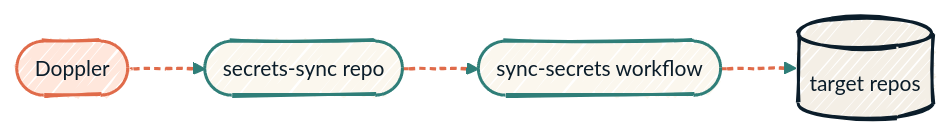
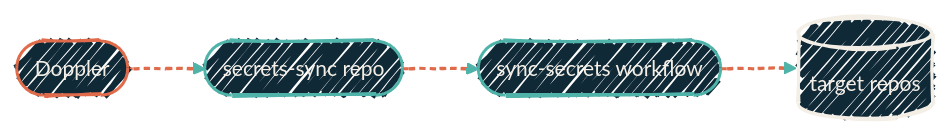
One commit to dryvist/docs changed the first of 3 diagrams in security/how-it-fits-together.mdx. Above: the diagram before and after it, drawn with Mermaid. The commit also changed other lines of this file and 11 other files, not shown here.

````diff
--- a/security/how-it-fits-together.mdx
+++ b/security/how-it-fits-together.mdx
@@ -25,20 +25,20 @@
 ```mermaid
-%%{init: {'theme':'base','look':'handDrawn','themeVariables':{'fontFamily':'Geist','fontSize':'14px','primaryColor':'#FBF7EE','primaryTextColor':'#0B1D2A','primaryBorderColor':'#2F7E78','lineColor':'#2F7E78','secondaryColor':'#F4EFE6','tertiaryColor':'#FFE7DC','clusterBkg':'rgba(47,126,120,0.06)','clusterBorder':'#2F7E78'}}}%%
+%%{init: {'theme':'base','look':'handDrawn','themeVariables':{'fontFamily':'Geist','fontSize':'14px','primaryColor':'#102937','primaryTextColor':'#F4EFE6','primaryBorderColor':'#4FB3A9','lineColor':'#4FB3A9','secondaryColor':'#0B1D2A','tertiaryColor':'#1A2A38','clusterBkg':'rgba(79,179,169,0.08)','clusterBorder':'#4FB3A9'}}}%%
 flowchart LR
   Dop([Doppler])
   SS([secrets-sync repo])
   WF([sync-secrets workflow])
   Repos[(target repos)]
 
   Dop --> SS --> WF --> Repos
 
-  classDef src fill:#FFE7DC,stroke:#E06B4A,stroke-width:2px,color:#0B1D2A;
-  classDef hop fill:#FBF7EE,stroke:#2F7E78,stroke-width:2px,color:#0B1D2A;
-  classDef dst fill:#F4EFE6,stroke:#0B1D2A,stroke-width:2px,color:#0B1D2A;
+  classDef src fill:#102937,stroke:#E06B4A,stroke-width:2px,color:#F4EFE6;
+  classDef hop fill:#102937,stroke:#4FB3A9,stroke-width:2px,color:#F4EFE6;
+  classDef dst fill:#102937,stroke:#F4EFE6,stroke-width:2px,color:#F4EFE6;
 
   class Dop src
   class SS,WF hop
   class Repos dst
 
   linkStyle 0,1,2 stroke:#E06B4A,stroke-width:2px,stroke-dasharray:4 3;
 ```
````
